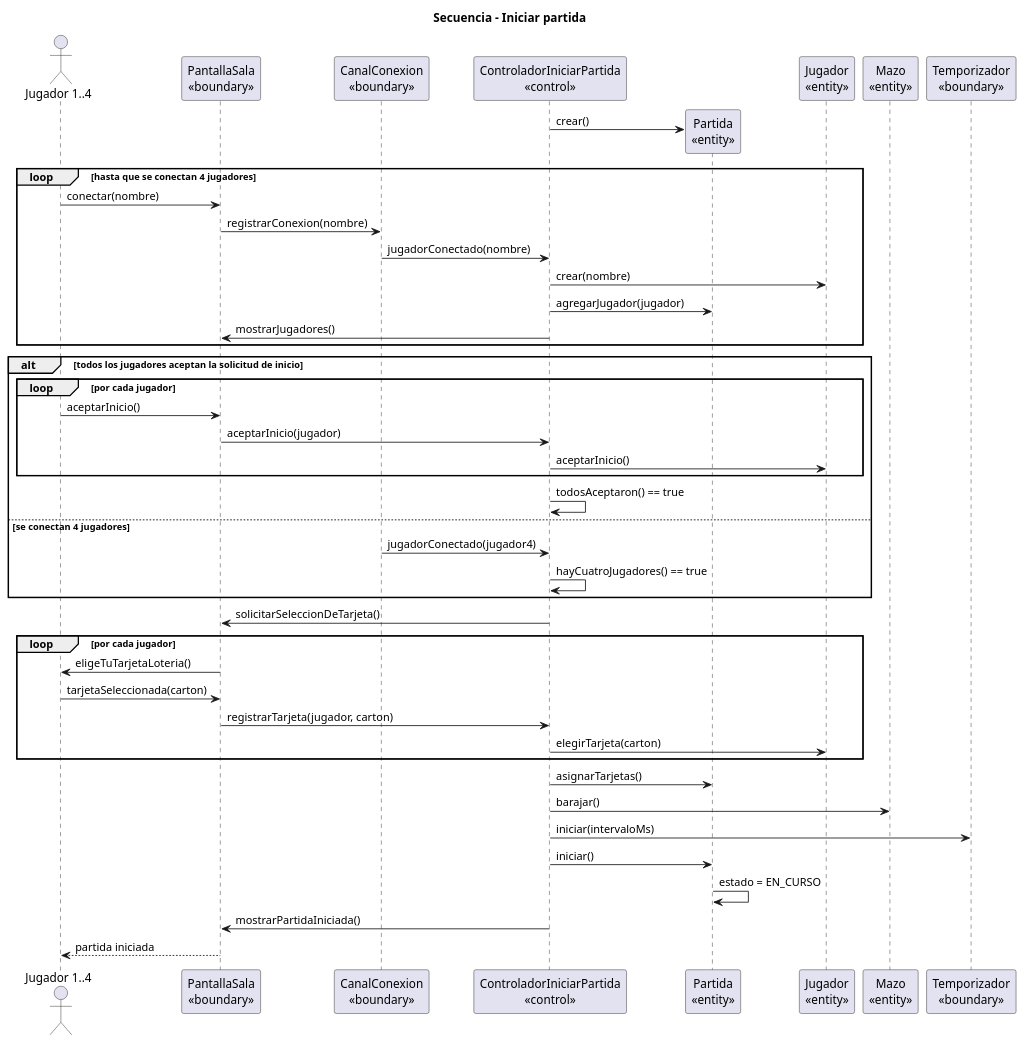
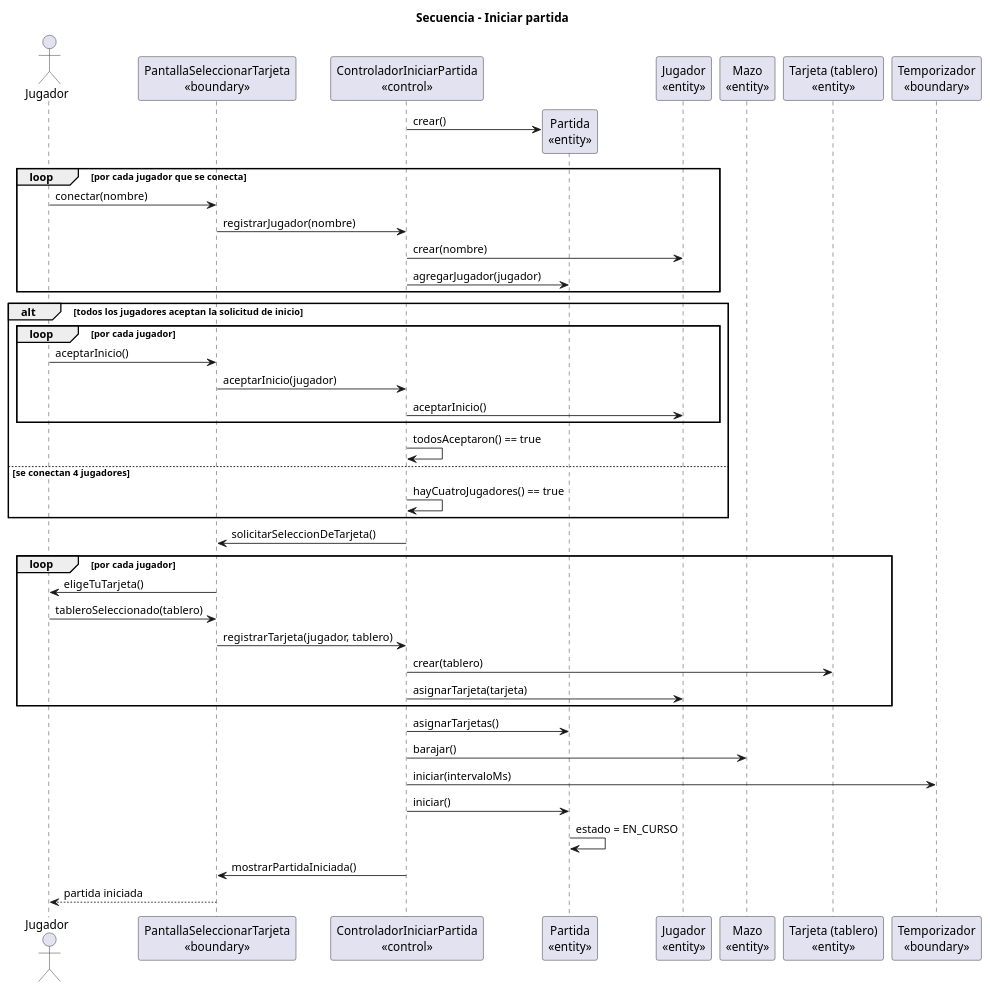
Before and after one commit to M1HUEL/Arquitectura-de-Software: the second of 2 diagrams in docs/analisis-iniciar-partida.puml, drawn with PlantUML.

Commit message:
ajustar los participantes del diagrama de secuencia

```diff
--- a/docs/analisis-iniciar-partida.puml
+++ b/docs/analisis-iniciar-partida.puml
@@ -97,56 +97,53 @@
 @startuml
 title Secuencia - Iniciar partida
 
-actor "Jugador 1..4" as J
-participant "PantallaSala\n<<boundary>>" as Vista
-participant "CanalConexion\n<<boundary>>" as Canal
+actor "Jugador" as J
+participant "PantallaSeleccionarTarjeta\n<<boundary>>" as Vista
 participant "ControladorIniciarPartida\n<<control>>" as Control
 participant "Partida\n<<entity>>" as Partida
 participant "Jugador\n<<entity>>" as JugadorE
 participant "Mazo\n<<entity>>" as Mazo
+participant "Tarjeta (tablero)\n<<entity>>" as Tarjeta
 participant "Temporizador\n<<boundary>>" as Timer
 
 create Partida
 Control -> Partida: crear()
 
-loop hasta que se conectan 4 jugadores
+loop por cada jugador que se conecta
   J -> Vista: conectar(nombre)
-  Vista -> Canal: registrarConexion(nombre)
-  Canal -> Control: jugadorConectado(nombre)
+  Vista -> Control: registrarJugador(nombre)
   Control -> JugadorE: crear(nombre)
   Control -> Partida: agregarJugador(jugador)
-  Control -> Vista: mostrarJugadores()
 end
 
 alt todos los jugadores aceptan la solicitud de inicio
   loop por cada jugador
     J -> Vista: aceptarInicio()
     Vista -> Control: aceptarInicio(jugador)
     Control -> JugadorE: aceptarInicio()
   end
   Control -> Control: todosAceptaron() == true
 else se conectan 4 jugadores
-  Canal -> Control: jugadorConectado(jugador4)
   Control -> Control: hayCuatroJugadores() == true
 end
 
 Control -> Vista: solicitarSeleccionDeTarjeta()
 
 loop por cada jugador
-  Vista -> J: eligeTuTarjetaLoteria()
-  J -> Vista: tarjetaSeleccionada(carton)
-  Vista -> Control: registrarTarjeta(jugador, carton)
-  Control -> JugadorE: elegirTarjeta(carton)
+  Vista -> J: eligeTuTarjeta()
+  J -> Vista: tableroSeleccionado(tablero)
+  Vista -> Control: registrarTarjeta(jugador, tablero)
+  Control -> Tarjeta: crear(tablero)
+  Control -> JugadorE: asignarTarjeta(tarjeta)
 end
 
 Control -> Partida: asignarTarjetas()
 Control -> Mazo: barajar()
-
 Control -> Timer: iniciar(intervaloMs)
 Control -> Partida: iniciar()
 Partida -> Partida: estado = EN_CURSO
 
 Control -> Vista: mostrarPartidaIniciada()
 Vista --> J: partida iniciada
 
 @enduml
```
